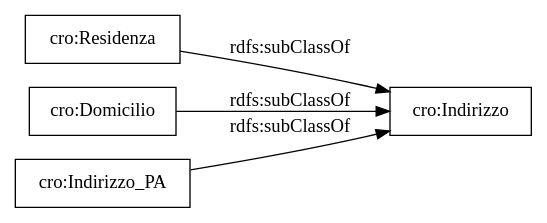
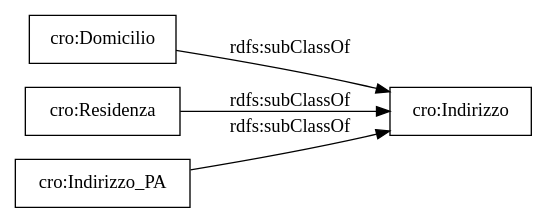
One commit to gcarau/RichiestaCertificati changed the diagram in OnToology/CertificateRequest.ttl/diagrams/ar2dtool-taxonomy/CertificateRequest.ttl.png.dot. Above: the diagram before and after it, drawn with Graphviz. The commit also changed 11 other files, not shown here.

```diff
--- a/OnToology/CertificateRequest.ttl/diagrams/ar2dtool-taxonomy/CertificateRequest.ttl.png.dot
+++ b/OnToology/CertificateRequest.ttl/diagrams/ar2dtool-taxonomy/CertificateRequest.ttl.png.dot
@@ -1,9 +1,9 @@
 digraph ar2dtool_diagram { 
 rankdir=LR;
 size="1000"
-node [shape = rectangle, color="black"]; "cro:Residenza" "cro:Domicilio" "cro:Indirizzo" "cro:Indirizzo_PA" ; /*classes style*/
+node [shape = rectangle, color="black"]; "cro:Domicilio" "cro:Residenza" "cro:Indirizzo" "cro:Indirizzo_PA" ; /*classes style*/
 	"cro:Residenza" -> "cro:Indirizzo" [ label = "rdfs:subClassOf" ];
 	"cro:Domicilio" -> "cro:Indirizzo" [ label = "rdfs:subClassOf" ];
 	"cro:Indirizzo_PA" -> "cro:Indirizzo" [ label = "rdfs:subClassOf" ];
 
 }
```
